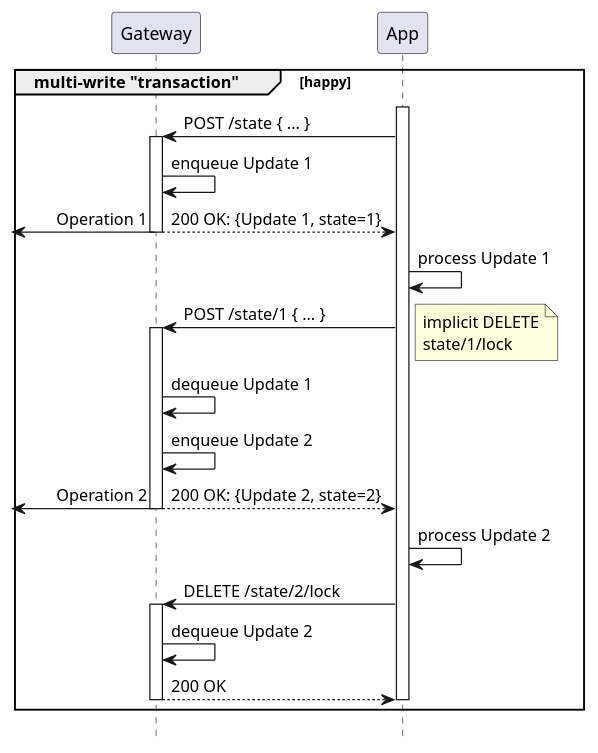
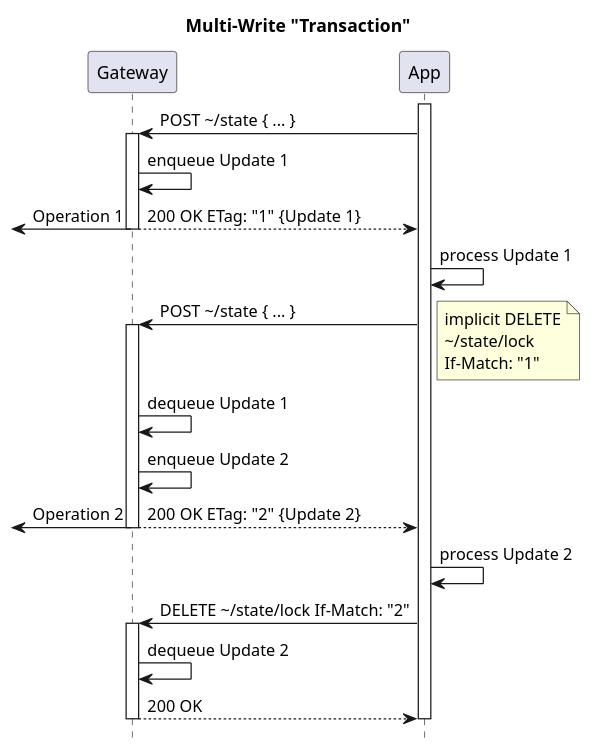
The diagram in architecture/api/http/4-multi-write.seq.puml (m-ld/m-ld-gateway), drawn with PlantUML before and after one commit. The commit also changed 27 other files, not shown here.

```diff
--- a/architecture/api/http/4-multi-write.seq.puml
+++ b/architecture/api/http/4-multi-write.seq.puml
@@ -1,32 +1,33 @@
 @startuml
 'https://plantuml.com/sequence-diagram
 !pragma teoz true
 hide footbox
 
+title: Multi-Write "Transaction"
+
 participant Gateway as gw
 participant "App" as app
 
-group multi-write "transaction" [happy]
 activate app
-app -> gw ++: POST /state { ... }
+app -> gw ++: POST \~/state { ... }
 gw -> gw: enqueue Update 1
-return 200 OK: {Update 1, state=1}
+return 200 OK ETag: "1" {Update 1}
 & <- gw: Operation 1
 app -> app: process Update 1
-app -> gw ++: POST /state/1 { ... }
+app -> gw ++: POST \~/state { ... }
 note right
 implicit DELETE
-state/1/lock
+\~/state/lock
+If-Match: "1"
 end note
 gw -> gw: dequeue Update 1
 gw -> gw: enqueue Update 2
-return 200 OK: {Update 2, state=2}
+return 200 OK ETag: "2" {Update 2}
 & <- gw: Operation 2
 app -> app: process Update 2
-app -> gw ++: DELETE /state/2/lock
+app -> gw ++: DELETE \~/state/lock If-Match: "2"
 gw -> gw: dequeue Update 2
 return 200 OK
 deactivate app
-end group
 
 @enduml
```
